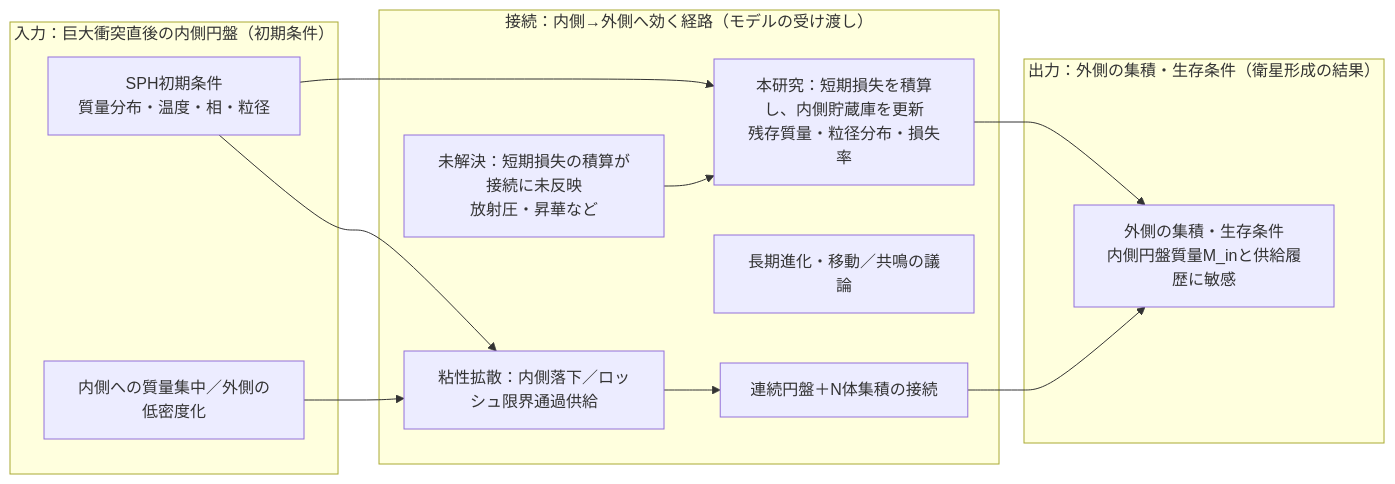
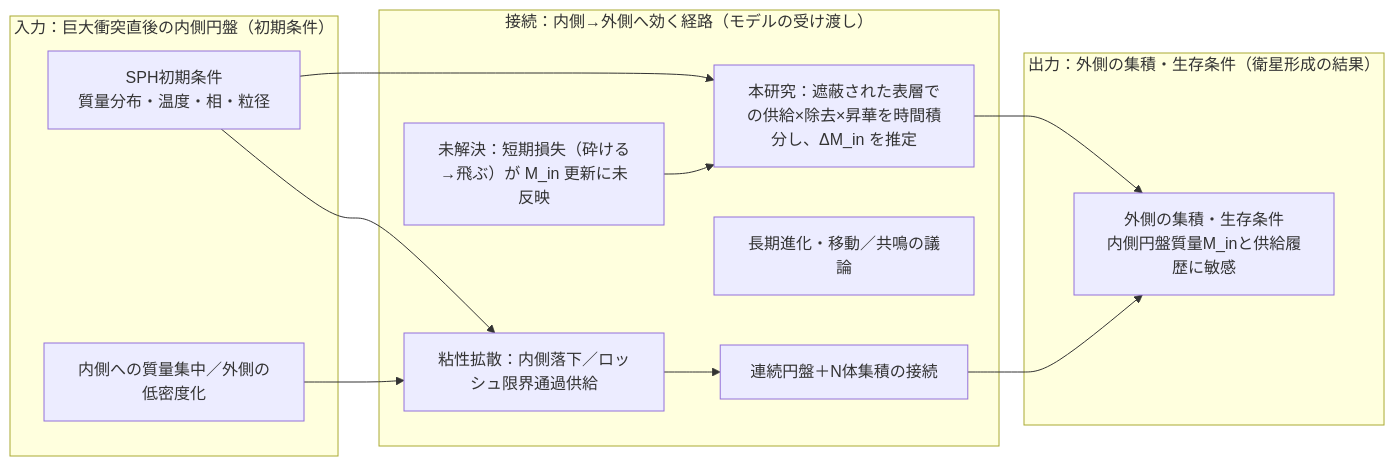
The first of 2 diagrams in analysis/introduction.md (Einfeld686/MarsDiskSimulation), drawn with Mermaid before and after one commit. The commit also changed other lines of this file, not shown here.

````diff
--- a/analysis/introduction.md
+++ b/analysis/introduction.md
@@ -72,27 +76,27 @@
 ```mermaid
 flowchart LR
     %% ===== 入力 =====
     subgraph IN["入力：巨大衝突直後の内側円盤（初期条件）"]
         IN1["SPH初期条件<br/>質量分布・温度・相・粒径"]
         IN2["内側への質量集中／外側の低密度化"]
     end
 
     %% ===== 接続 =====
     subgraph MID["接続：内側→外側へ効く経路（モデルの受け渡し）"]
         MID1["粘性拡散：内側落下／ロッシュ限界通過供給"]
         MID2["連続円盤＋N体集積の接続"]
         MID3["長期進化・移動／共鳴の議論"]
-        GAP["未解決：短期損失の積算が接続に未反映<br/>放射圧・昇華など"]
-        OUR["本研究：短期損失を積算し、内側貯蔵庫を更新<br/>残存質量・粒径分布・損失率"]
+        GAP["未解決：短期損失（砕ける→飛ぶ）が M_in 更新に未反映"]
+        OUR["本研究：遮蔽された表層での供給×除去×昇華を時間積分し、ΔM_in を推定"]
     end
 
     %% ===== 出力 =====
     subgraph OUT["出力：外側の集積・生存条件（衛星形成の結果）"]
         OUT1["外側の集積・生存条件<br/>内側円盤質量M_inと供給履歴に敏感"]
     end
 
     IN1 --> MID1 --> MID2 --> OUT1
     IN2 --> MID1
     GAP --> OUR --> OUT1
     IN1 --> OUR
 ```
````
